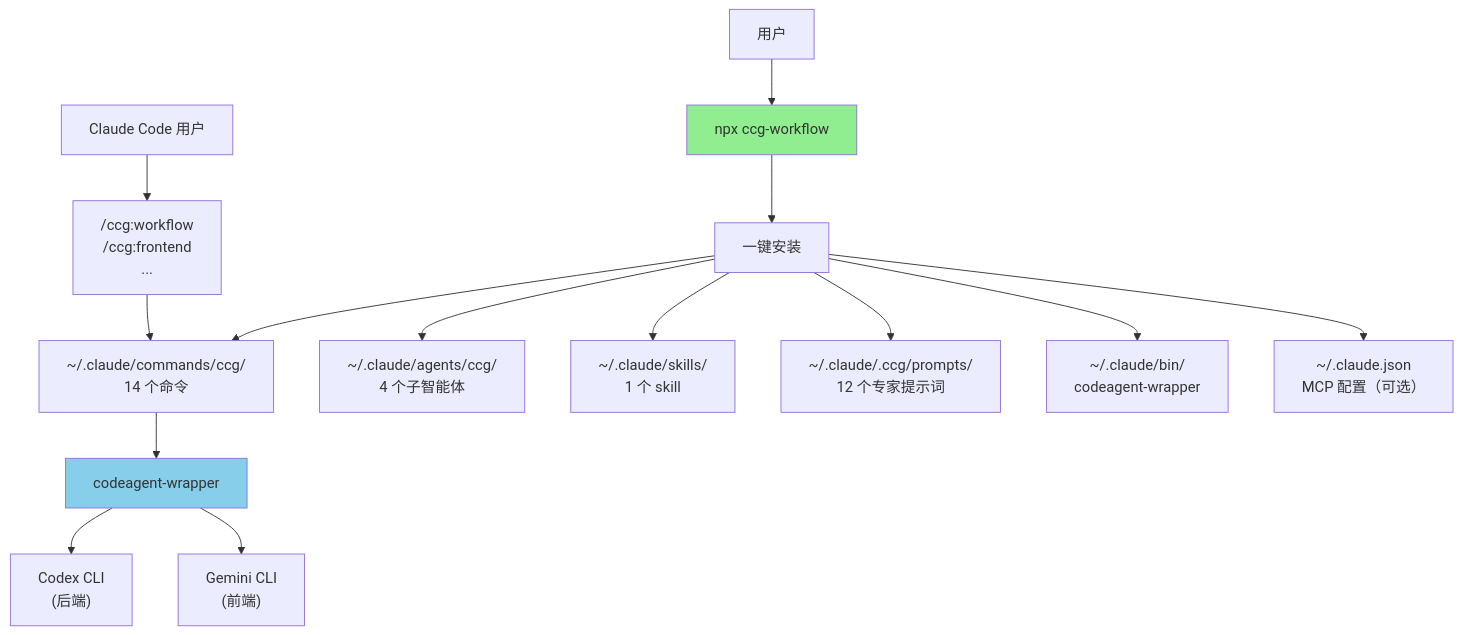
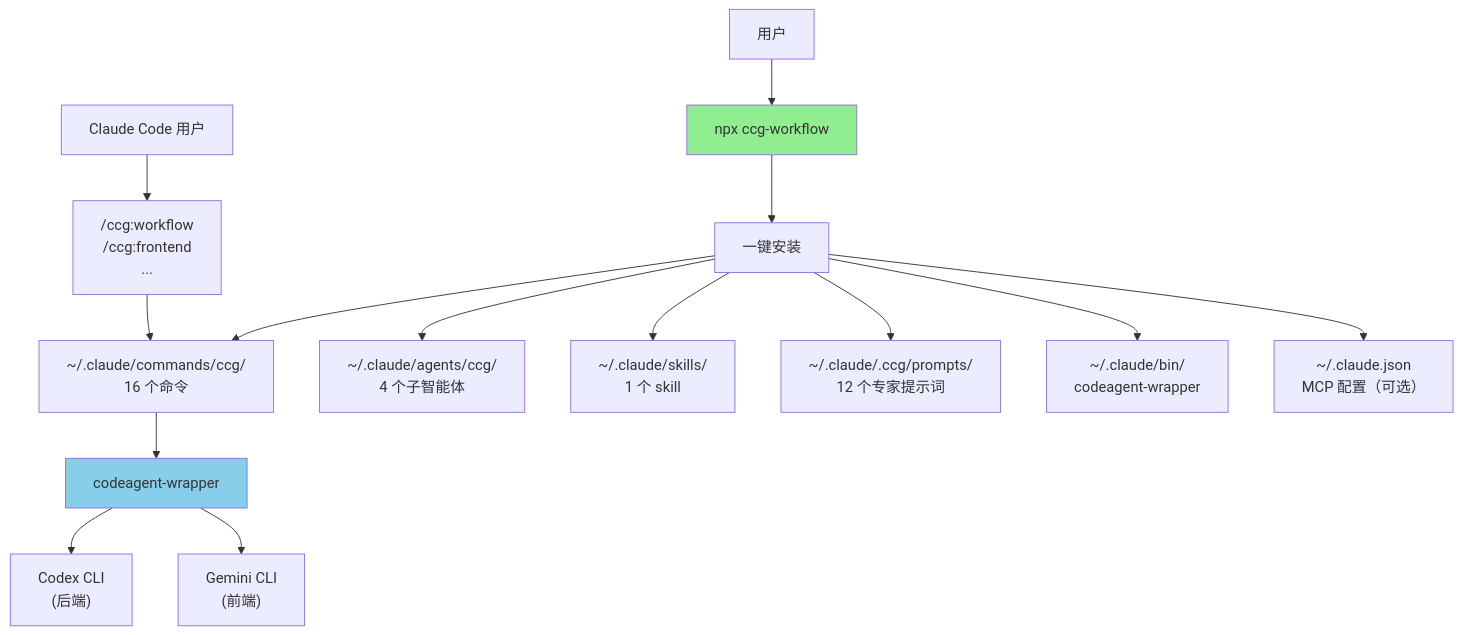
One commit to stars20260301/ccg-workflow changed the diagram in CLAUDE.md. Above: the diagram before and after it, drawn with Mermaid. The commit also changed other lines of this file and 7 other files, not shown here.

First line of the commit message:
feat: add /ccg:plan and /ccg:execute commands (v1.7.39)

````diff
--- a/CLAUDE.md
+++ b/CLAUDE.md
@@ -220,22 +225,22 @@
 ```mermaid
 graph TD
     User["用户"] --> CLI["npx ccg-workflow"]
     CLI --> Init["一键安装"]
     
-    Init --> Commands["~/.claude/commands/ccg/<br/>14 个命令"]
+    Init --> Commands["~/.claude/commands/ccg/<br/>16 个命令"]
     Init --> Agents["~/.claude/agents/ccg/<br/>4 个子智能体"]
     Init --> Skills["~/.claude/skills/<br/>1 个 skill"]
     Init --> Prompts["~/.claude/.ccg/prompts/<br/>12 个专家提示词"]
     Init --> Binary["~/.claude/bin/<br/>codeagent-wrapper"]
     Init --> MCP["~/.claude.json<br/>MCP 配置（可选）"]
 
     User2["Claude Code 用户"] --> SlashCmd["/ccg:workflow<br/>/ccg:frontend<br/>..."]
     SlashCmd --> Commands
 
     Commands --> Wrapper["codeagent-wrapper"]
     Wrapper --> Codex["Codex CLI<br/>(后端)"]
     Wrapper --> Gemini["Gemini CLI<br/>(前端)"]
 
     style CLI fill:#90EE90
     style Wrapper fill:#87CEEB
 ```
````
